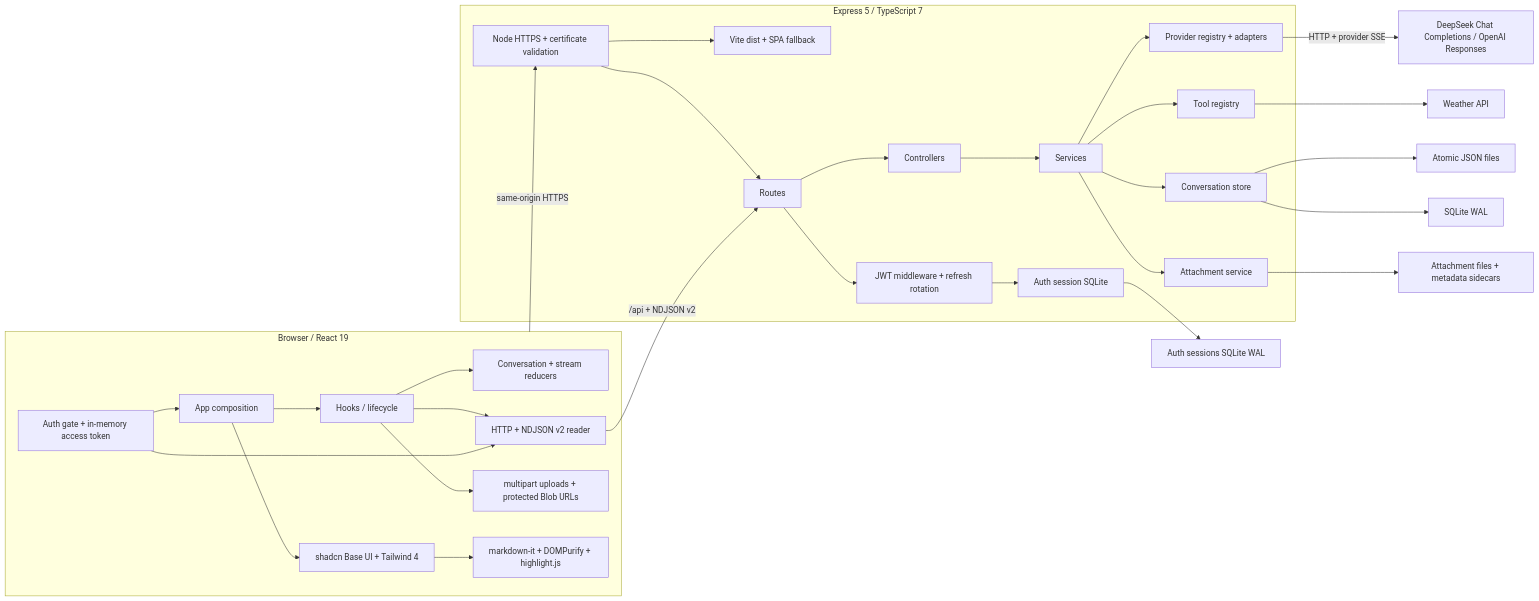
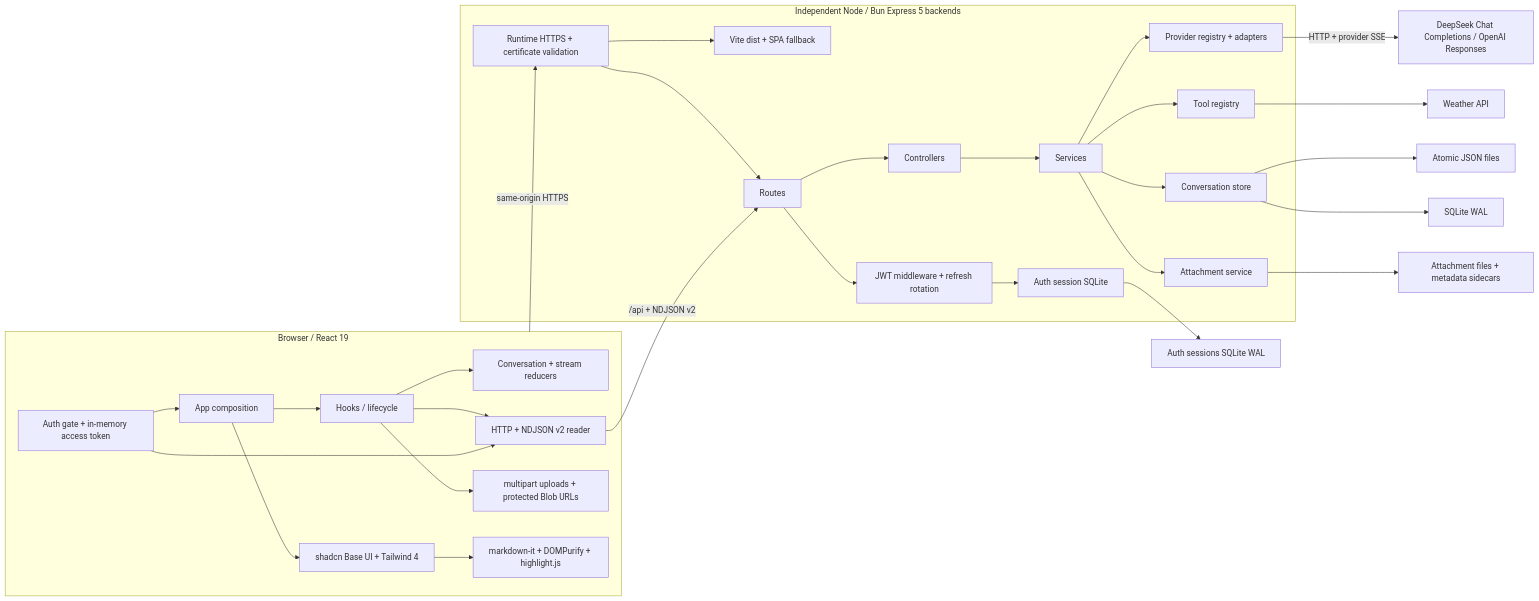
One commit to imingsmings/chatbot-dev changed the first of 9 diagrams in docs/architecture.md. Above: the diagram before and after it, drawn with Mermaid. The commit also changed other lines of this file and 148 other files, not shown here.

First line of the commit message:
feat(bun-server): add independent Bun backend

````diff
--- a/docs/architecture.md
+++ b/docs/architecture.md
@@ -7,51 +7,51 @@
 ```mermaid
 flowchart LR
   subgraph Browser["Browser / React 19"]
     App["App composition"]
     UI["shadcn Base UI + Tailwind 4"]
     Hooks["Hooks / lifecycle"]
     Reducers["Conversation + stream reducers"]
     ClientAPI["HTTP + NDJSON v2 reader"]
     Uploads["multipart uploads + protected Blob URLs"]
     AuthClient["Auth gate + in-memory access token"]
     Markdown["markdown-it + DOMPurify + highlight.js"]
     App --> UI
     App --> Hooks
     Hooks --> Reducers
     Hooks --> ClientAPI
     Hooks --> Uploads
     AuthClient --> App
     AuthClient --> ClientAPI
     UI --> Markdown
   end
 
-  subgraph Server["Express 5 / TypeScript 7"]
-    TLS["Node HTTPS + certificate validation"]
+  subgraph Server["Independent Node / Bun Express 5 backends"]
+    TLS["Runtime HTTPS + certificate validation"]
     Static["Vite dist + SPA fallback"]
     Routes["Routes"] --> Controllers["Controllers"] --> Services["Services"]
     Routes --> Auth["JWT middleware + refresh rotation"]
     Services --> LLM["Provider registry + adapters"]
     Services --> Tools["Tool registry"]
     Services --> Store["Conversation store"]
     Services --> AttachmentStore["Attachment service"]
     Auth --> AuthStore["Auth session SQLite"]
     TLS --> Static
     TLS --> Routes
   end
 
   Providers["DeepSeek Chat Completions / OpenAI Responses"]
   Weather["Weather API"]
   Files["Atomic JSON files"]
   SQLite["SQLite WAL"]
   SessionDB["Auth sessions SQLite WAL"]
   AttachmentFiles["Attachment files + metadata sidecars"]
 
   Browser -->|"same-origin HTTPS"| TLS
   ClientAPI -->|"/api + NDJSON v2"| Routes
   LLM -->|"HTTP + provider SSE"| Providers
   Tools --> Weather
   Store --> Files
   Store --> SQLite
   AttachmentStore --> AttachmentFiles
   AuthStore --> SessionDB
 ```
````
